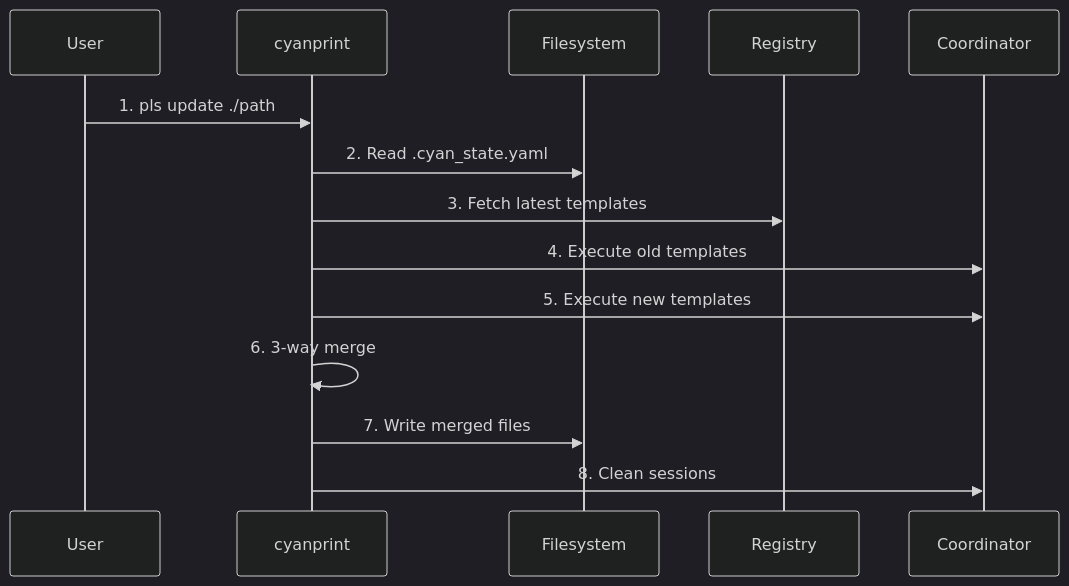
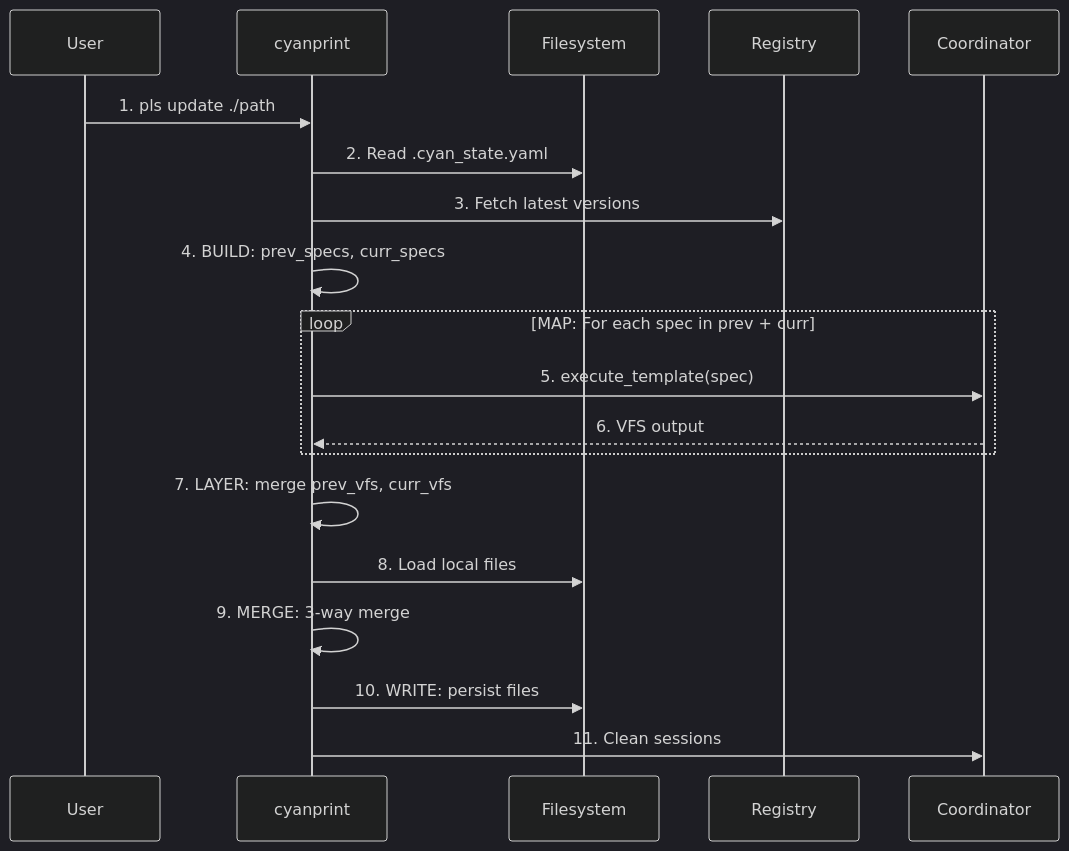
The diagram in docs/developer/surfaces/cli/03-update.md (AtomiCloud/sulfone.iridium), drawn with Mermaid (dark theme) before and after one commit. The commit also changed other lines of this file and 66 other files, not shown here.

````diff
--- a/docs/developer/surfaces/cli/03-update.md
+++ b/docs/developer/surfaces/cli/03-update.md
@@ -73,17 +73,22 @@
 ```mermaid
 sequenceDiagram
     participant U as User
     participant CLI as cyanprint
     participant FS as Filesystem
     participant REG as Registry
     participant COORD as Coordinator
 
     U->>CLI: 1. pls update ./path
     CLI->>FS: 2. Read .cyan_state.yaml
-    CLI->>REG: 3. Fetch latest templates
-    CLI->>COORD: 4. Execute old templates
-    CLI->>COORD: 5. Execute new templates
-    CLI->>CLI: 6. 3-way merge
-    CLI->>FS: 7. Write merged files
-    CLI->>COORD: 8. Clean sessions
+    CLI->>REG: 3. Fetch latest versions
+    CLI->>CLI: 4. BUILD: prev_specs, curr_specs
+    loop MAP: For each spec in prev + curr
+        CLI->>COORD: 5. execute_template(spec)
+        COORD-->>CLI: 6. VFS output
+    end
+    CLI->>CLI: 7. LAYER: merge prev_vfs, curr_vfs
+    CLI->>FS: 8. Load local files
+    CLI->>CLI: 9. MERGE: 3-way merge
+    CLI->>FS: 10. WRITE: persist files
+    CLI->>COORD: 11. Clean sessions
 ```
````
